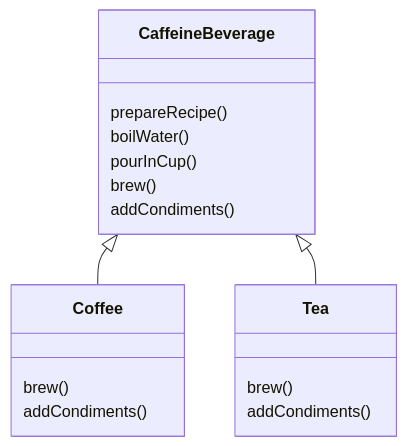
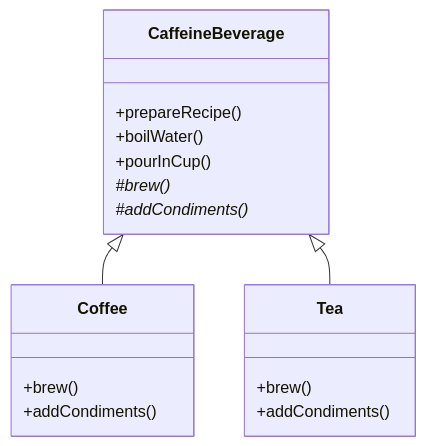
Before and after one commit to choesimin/choesimin.github.io: the second of 2 diagrams in collections/_notes/software-design/design-pattern/template-method-pattern.md, drawn with Mermaid. The commit also changed other lines of this file and 2 other files, not shown here.

````diff
--- a/collections/_notes/software-design/design-pattern/template-method-pattern.md
+++ b/collections/_notes/software-design/design-pattern/template-method-pattern.md
@@ -108,24 +182,24 @@
 ```mermaid
 classDiagram
 
 class CaffeineBeverage {
-    prepareRecipe()
-    boilWater()
-    pourInCup()
-    brew()
-    addCondiments()
+    +prepareRecipe()
+    +boilWater()
+    +pourInCup()
+    #brew()*
+    #addCondiments()*
 }
 
 class Coffee {
-    brew()
-    addCondiments()
+    +brew()
+    +addCondiments()
 }
 
 class Tea {
-    brew()
-    addCondiments()
+    +brew()
+    +addCondiments()
 }
 
 CaffeineBeverage <|-- Coffee
 CaffeineBeverage <|-- Tea
 ```
````
